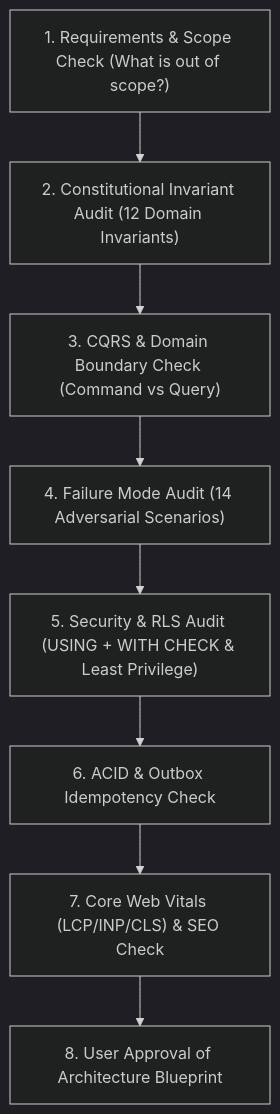
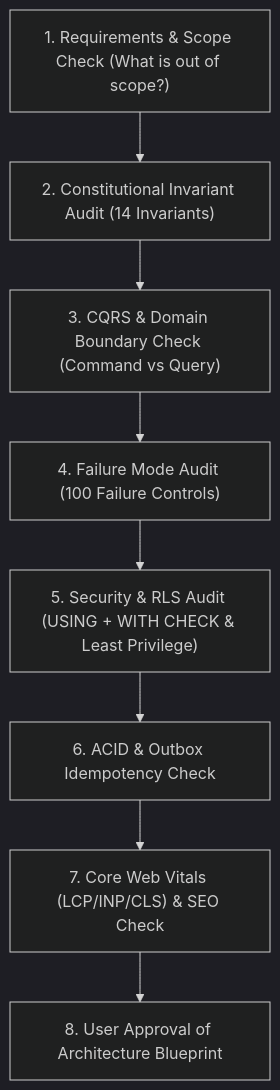
The diagram in docs/phases/phase_00_requirements_and_invariants.md (Vyooma-LLP/rudrastra-front-end), drawn with Mermaid (dark theme) before and after one commit. The commit also changed other lines of this file and 95 other files, not shown here.

````diff
--- a/docs/phases/phase_00_requirements_and_invariants.md
+++ b/docs/phases/phase_00_requirements_and_invariants.md
@@ -79,13 +60,13 @@
 ```mermaid
 graph TD
     REQ["1. Requirements & Scope Check (What is out of scope?)"]
-    INV["2. Constitutional Invariant Audit (12 Domain Invariants)"]
+    INV["2. Constitutional Invariant Audit (14 Invariants)"]
     DOM["3. CQRS & Domain Boundary Check (Command vs Query)"]
-    FAIL["4. Failure Mode Audit (14 Adversarial Scenarios)"]
+    FAIL["4. Failure Mode Audit (100 Failure Controls)"]
     SEC["5. Security & RLS Audit (USING + WITH CHECK & Least Privilege)"]
     ACID["6. ACID & Outbox Idempotency Check"]
     PERF["7. Core Web Vitals (LCP/INP/CLS) & SEO Check"]
     APP["8. User Approval of Architecture Blueprint"]
 
     REQ --> INV --> DOM --> FAIL --> SEC --> ACID --> PERF --> APP
 ```
````
